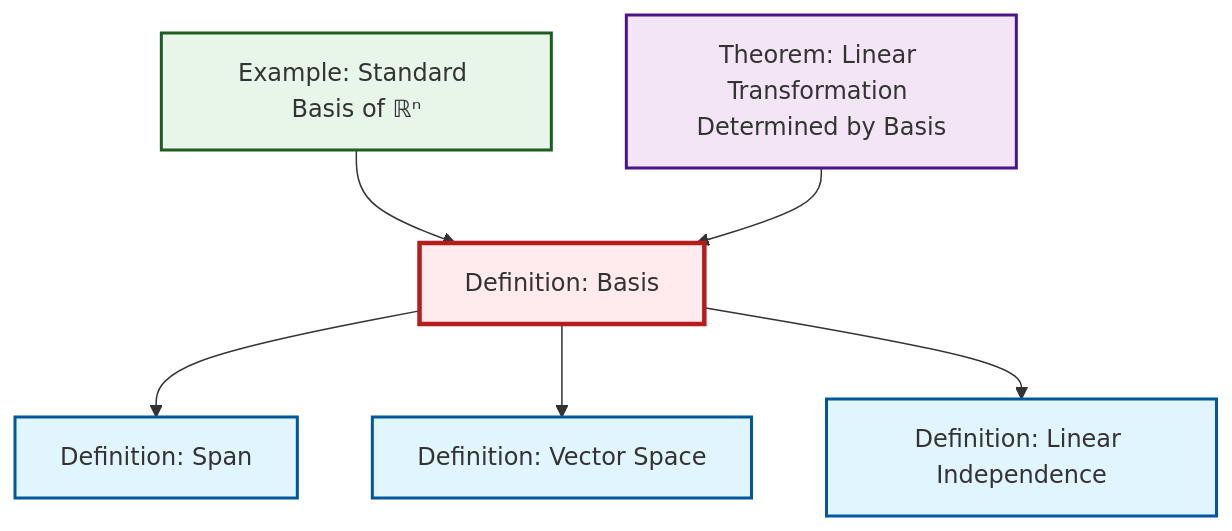
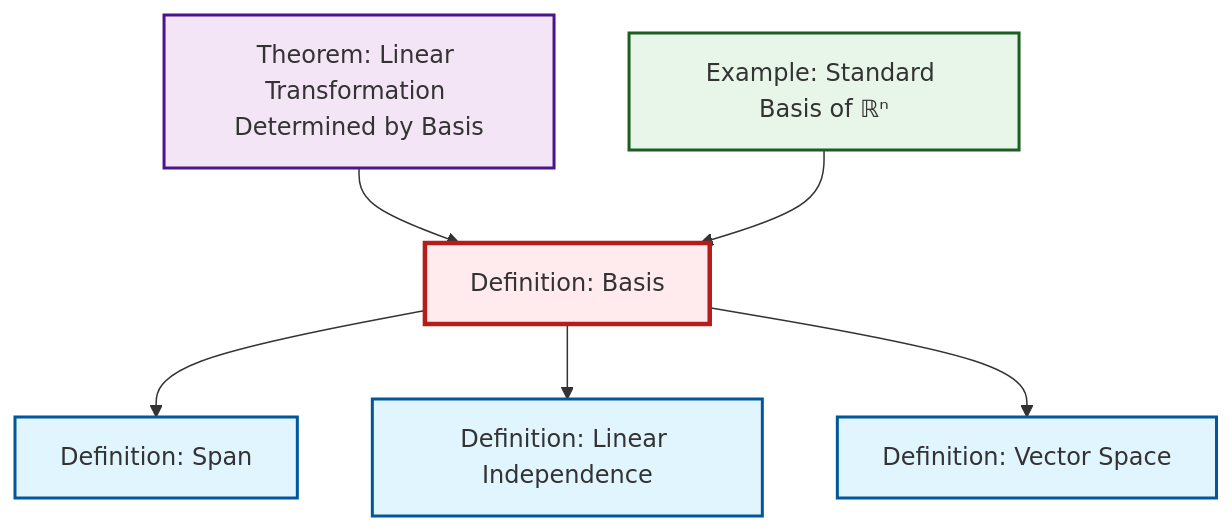
The diagram in content/en/algebra/def-basis.qmd (RK0429/ModernMath), drawn with Mermaid before and after one commit. The commit also changed other lines of this file and 17 other files, not shown here.

First line of the commit message:
feat: Add Hilbert space definition with comprehensive cross-references

````diff
--- a/content/en/algebra/def-basis.qmd
+++ b/content/en/algebra/def-basis.qmd
@@ -48,26 +48,26 @@
 ```{mermaid}
 %%| fig-cap: "Local dependency graph"
 graph TD
     classDef definition fill:#e1f5fe,stroke:#01579b,stroke-width:2px
     classDef theorem fill:#f3e5f5,stroke:#4a148c,stroke-width:2px
     classDef axiom fill:#fff3e0,stroke:#e65100,stroke-width:2px
     classDef example fill:#e8f5e9,stroke:#1b5e20,stroke-width:2px
     classDef current fill:#ffebee,stroke:#b71c1c,stroke-width:3px
     def-vector-space["Definition: Vector Space"]:::definition
+    def-basis["Definition: Basis"]:::definition
+    def-linear-independence["Definition: Linear Independence"]:::definition
+    ex-standard-basis-rn["Example: Standard Basis of ℝⁿ"]:::example
+    thm-linear-transformation-basis["Theorem: Linear Transformation Determined by Basis"]:::theorem
     def-span["Definition: Span"]:::definition
-    thm-linear-transformation-basis["Theorem: Linear Transformation Determined by Basis"]:::theorem
-    def-basis["Definition: Basis"]:::definition
-    ex-standard-basis-rn["Example: Standard Basis of ℝⁿ"]:::example
-    def-linear-independence["Definition: Linear Independence"]:::definition
+    thm-linear-transformation-basis --> def-basis
     def-basis --> def-span
+    def-basis --> def-linear-independence
+    def-basis --> def-vector-space
     ex-standard-basis-rn --> def-basis
-    def-basis --> def-vector-space
-    thm-linear-transformation-basis --> def-basis
-    def-basis --> def-linear-independence
     class def-basis current
     click def-vector-space "def-vector-space.html" "Go to Vector Space definition"
+    click def-linear-independence "def-linear-independence.html" "Go to Linear Independence definition"
+    click ex-standard-basis-rn "ex-standard-basis-rn.html" "Go to Standard Basis of ℝⁿ example"
+    click thm-linear-transformation-basis "thm-linear-transformation-basis.html" "Go to Linear Transformation Determined by Basis theorem"
     click def-span "def-span.html" "Go to Span definition"
-    click thm-linear-transformation-basis "thm-linear-transformation-basis.html" "Go to Linear Transformation Determined by Basis theorem"
-    click ex-standard-basis-rn "ex-standard-basis-rn.html" "Go to Standard Basis of ℝⁿ example"
-    click def-linear-independence "def-linear-independence.html" "Go to Linear Independence definition"
 ```
````
